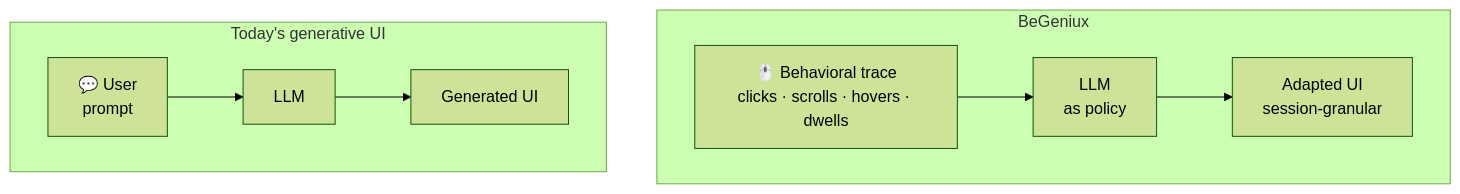
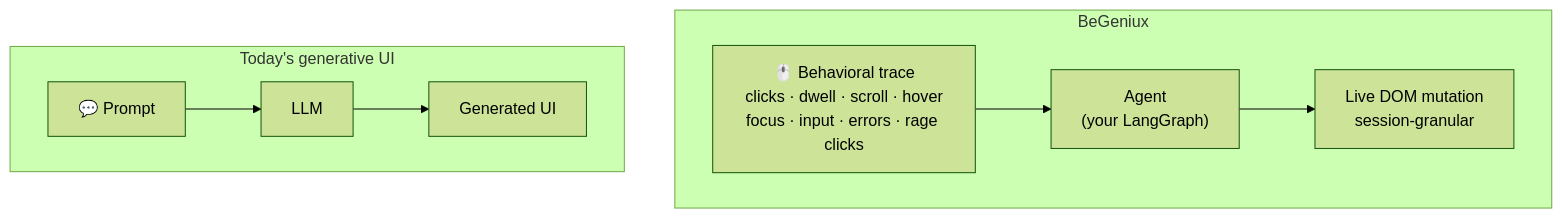
One commit to WagnerAgent/BeGeniux changed the first of 3 diagrams in README.md. Above: the diagram before and after it, drawn with Mermaid (forest theme). The commit also changed other lines of this file and 228 other files, not shown here.

````diff
--- a/README.md
+++ b/README.md
@@ -21,12 +26,12 @@
 ```mermaid
 flowchart LR
   subgraph Trad["Today's generative UI"]
     direction LR
-    P["💬 User<br/>prompt"] --> M1["LLM"] --> U1["Generated UI"]
+    P["💬 Prompt"] --> M1["LLM"] --> U1["Generated UI"]
   end
   subgraph Be["BeGeniux"]
     direction LR
-    B["🖱️ Behavioral trace<br/>clicks · scrolls · hovers · dwells"] --> M2["LLM<br/>as policy"] --> U2["Adapted UI<br/>session-granular"]
+    B["🖱️ Behavioral trace<br/>clicks · dwell · scroll · hover<br/>focus · input · errors · rage clicks"] --> M2["Agent<br/>(your LangGraph)"] --> U2["Live DOM mutation<br/>session-granular"]
   end
   Trad ~~~ Be
 ```
````
